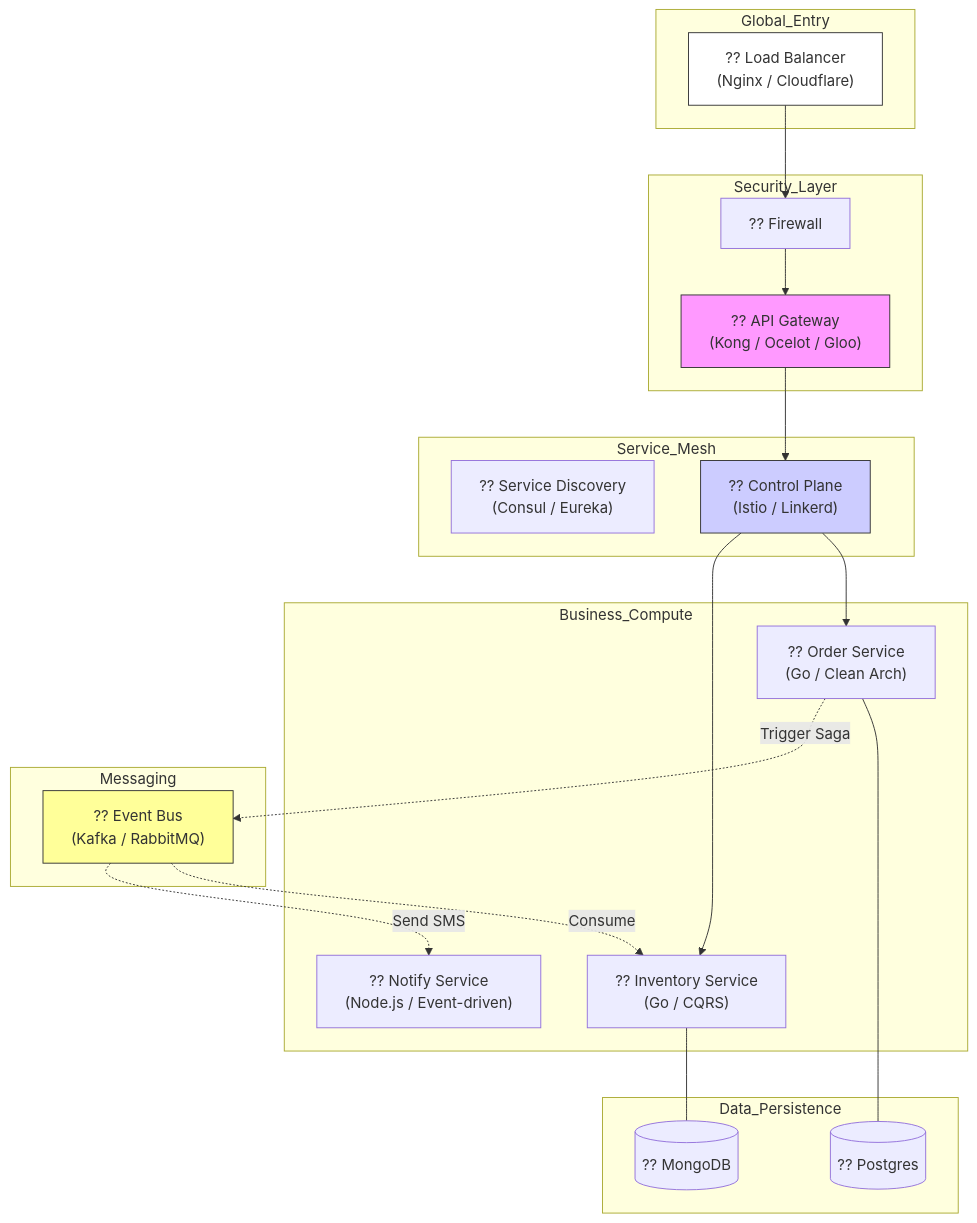
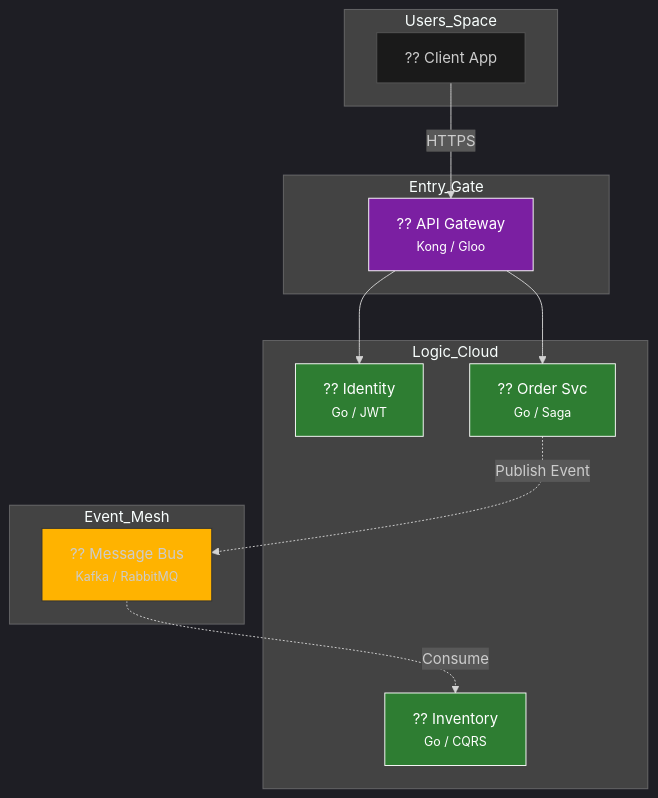
One commit to arch-yunus/microservices-101 changed the diagram in README.md. Above: the diagram before and after it, drawn with Mermaid. The commit also changed other lines of this file, not shown here.

````diff
--- a/README.md
+++ b/README.md
@@ -105,49 +83,33 @@
 ```mermaid
+%%{init: {'theme': 'dark', 'themeVariables': { 'mainBkg': '#1a1a1a', 'nodeBorder': '#555' }}}%%
 graph TD
-    subgraph Global_Entry
-        LB["?? Load Balancer <br/>(Nginx / Cloudflare)"]
+    subgraph Users_Space
+        Client["?? Client App"]
     end
 
-    subgraph Security_Layer
-        Gateway["?? API Gateway <br/>(Kong / Ocelot / Gloo)"]
-        WAF["?? Firewall"]
+    subgraph Entry_Gate
+        Gateway["?? API Gateway <br/><small>Kong / Gloo</small>"]
     end
 
-    subgraph Service_Mesh
-        Discovery["?? Service Discovery <br/>(Consul / Eureka)"]
-        Mesh["?? Control Plane <br/>(Istio / Linkerd)"]
+    subgraph Logic_Cloud
+        Auth["?? Identity <br/><small>Go / JWT</small>"]
+        Order["?? Order Svc <br/><small>Go / Saga</small>"]
+        Stock["?? Inventory <br/><small>Go / CQRS</small>"]
     end
 
-    subgraph Business_Compute
-        OrderSvc["?? Order Service <br/>(Go / Clean Arch)"]
-        InvSvc["?? Inventory Service <br/>(Go / CQRS)"]
-        NotifySvc["?? Notify Service <br/>(Node.js / Event-driven)"]
+    subgraph Event_Mesh
+        Bus["?? Message Bus <br/><small>Kafka / RabbitMQ</small>"]
     end
 
-    subgraph Data_Persistence
-        OrderDB[("?? Postgres")]
-        InvDB[("?? MongoDB")]
-    end
-
-    subgraph Messaging
-        Broker["?? Event Bus <br/>(Kafka / RabbitMQ)"]
-    end
-
-    LB --> WAF
-    WAF --> Gateway
-    Gateway --> Mesh
-    Mesh --> OrderSvc
-    Mesh --> InvSvc
+    Client -->|HTTPS| Gateway
+    Gateway --> Auth
+    Gateway --> Order
+    Order -.->|Publish Event| Bus
+    Bus -.->|Consume| Stock
     
-    OrderSvc --- OrderDB
-    InvSvc --- InvDB
-    
-    OrderSvc -.->|Trigger Saga| Broker
-    Broker -.->|Consume| InvSvc
-    Broker -.->|Send SMS| NotifySvc
-    
-    style Gateway fill:#f9f,stroke:#333
-    style Mesh fill:#ccf,stroke:#333
-    style Broker fill:#ff9,stroke:#333
-    style LB fill:#fff,stroke:#333
+    style Gateway fill:#7b1fa2,stroke:#fff,color:#fff
+    style Bus fill:#ffb300,stroke:#333
+    style Auth fill:#2e7d32,stroke:#fff,color:#fff
+    style Order fill:#2e7d32,stroke:#fff,color:#fff
+    style Stock fill:#2e7d32,stroke:#fff,color:#fff
 ```
````
